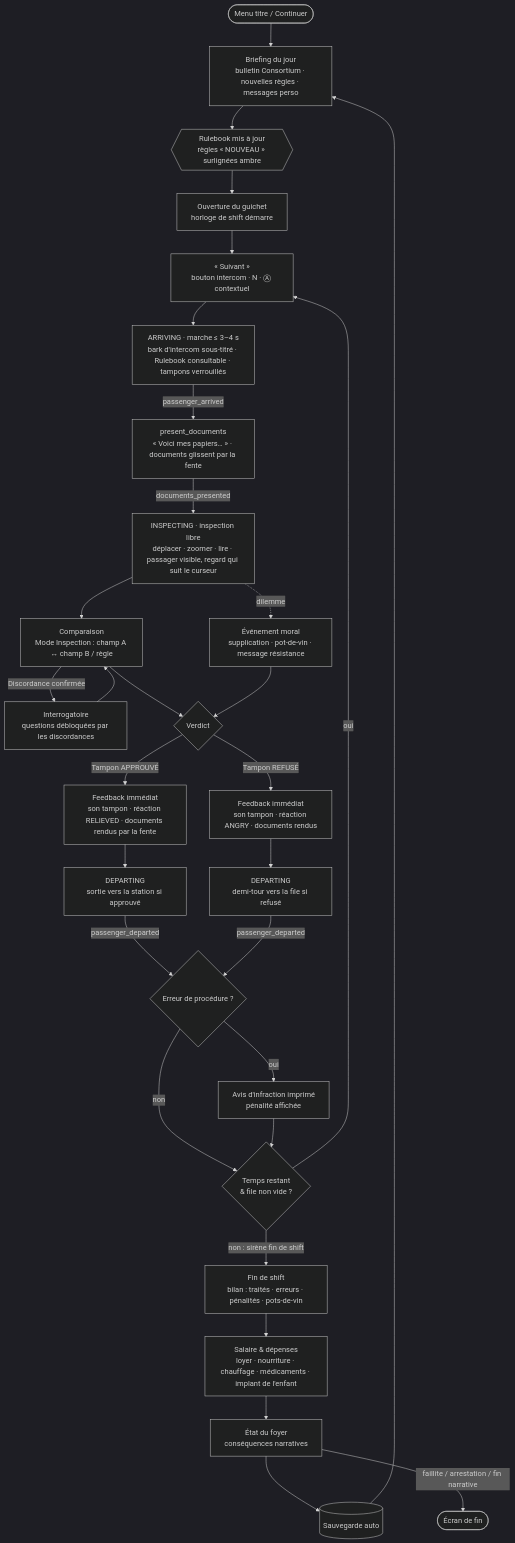
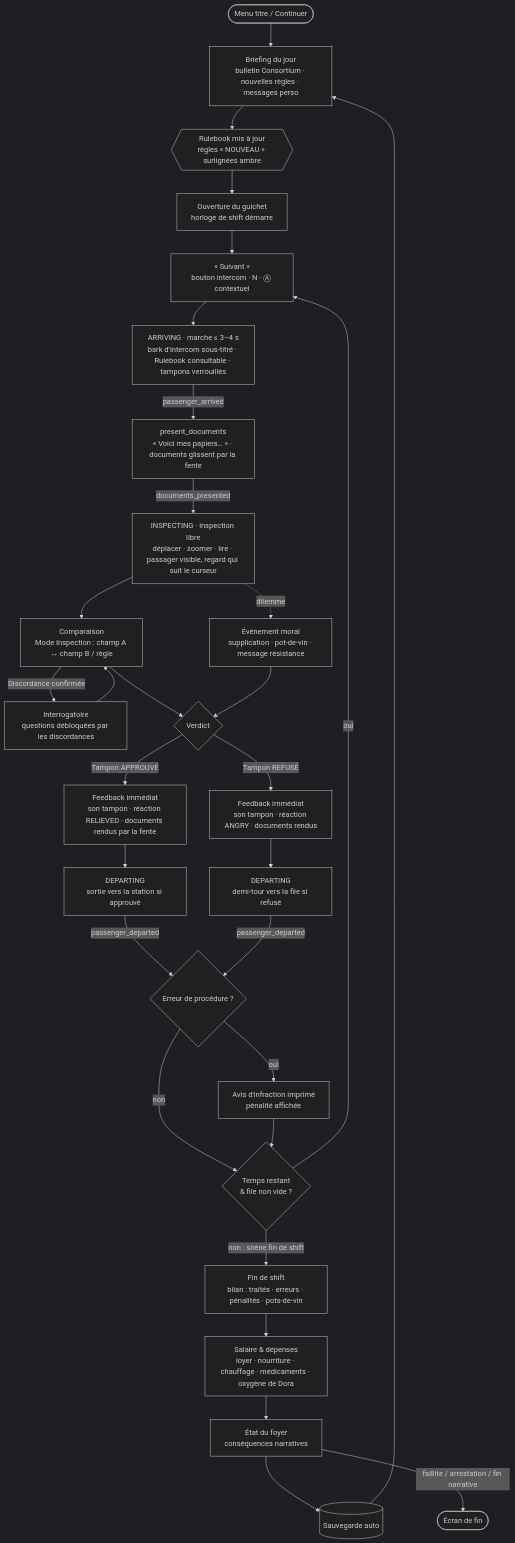
The first of 3 diagrams in docs/UI_FLOW.md (fs0ciety7000/clearance), drawn with Mermaid (dark theme) before and after one commit. The commit also changed 1 other file, not shown here.

Commit message:
Game design : GDD.md v0.2 (boucle, économie, anomalies, jours 1–10, fins)
Claude-Session: https://claude.ai/code/session_01NEYy5LSpJjycKEdShbH7FY

````diff
--- a/docs/UI_FLOW.md
+++ b/docs/UI_FLOW.md
@@ -21,34 +21,34 @@
 ```mermaid
 flowchart TD
     T([Menu titre / Continuer]) --> BR[Briefing du jour<br/>bulletin Consortium · nouvelles règles · messages perso]
     BR --> RB{{Rulebook mis à jour<br/>règles « NOUVEAU » surlignées ambre}}
     RB --> G[Ouverture du guichet<br/>horloge de shift démarre]
 
     G --> P[« Suivant »<br/>bouton intercom · N · Ⓐ contextuel]
     P --> AR[ARRIVING · marche ≤ 3–4 s<br/>bark d'intercom sous-titré · Rulebook consultable · tampons verrouillés]
     AR -->|passenger_arrived| PR[present_documents<br/>« Voici mes papiers… » · documents glissent par la fente]
     PR -->|documents_presented| I[INSPECTING · inspection libre<br/>déplacer · zoomer · lire · passager visible, regard qui suit le curseur]
     I --> C[Comparaison<br/>Mode Inspection : champ A ↔ champ B / règle]
     C -->|Discordance confirmée| Q[Interrogatoire<br/>questions débloquées par les discordances]
     Q --> C
     C --> V{Verdict}
     I -. dilemme .-> M[Événement moral<br/>supplication · pot-de-vin · message résistance]
     M --> V
     V -->|Tampon APPROUVÉ| F[Feedback immédiat<br/>son tampon · réaction RELIEVED · documents rendus par la fente]
     V -->|Tampon REFUSÉ| F2[Feedback immédiat<br/>son tampon · réaction ANGRY · documents rendus]
     F --> DEP[DEPARTING<br/>sortie vers la station si approuvé]
     F2 --> DEP2[DEPARTING<br/>demi-tour vers la file si refusé]
     DEP -->|passenger_departed| CIT{Erreur de procédure ?}
     DEP2 -->|passenger_departed| CIT
     CIT -->|oui| W[Avis d'infraction imprimé<br/>pénalité affichée]
     CIT -->|non| NX
     W --> NX{Temps restant<br/>& file non vide ?}
     NX -->|oui| P
     NX -->|non : sirène fin de shift| END
 
-    END[Fin de shift<br/>bilan : traités · erreurs · pénalités · pots-de-vin] --> SAL[Salaire & dépenses<br/>loyer · nourriture · chauffage · médicaments · implant de l'enfant]
+    END[Fin de shift<br/>bilan : traités · erreurs · pénalités · pots-de-vin] --> SAL[Salaire & dépenses<br/>loyer · nourriture · chauffage · médicaments · oxygène de Dora]
     SAL --> FAM[État du foyer<br/>conséquences narratives]
     FAM --> SAV[(Sauvegarde auto)]
     SAV --> BR
     FAM -->|faillite / arrestation / fin narrative| GO([Écran de fin])
 ```
````
